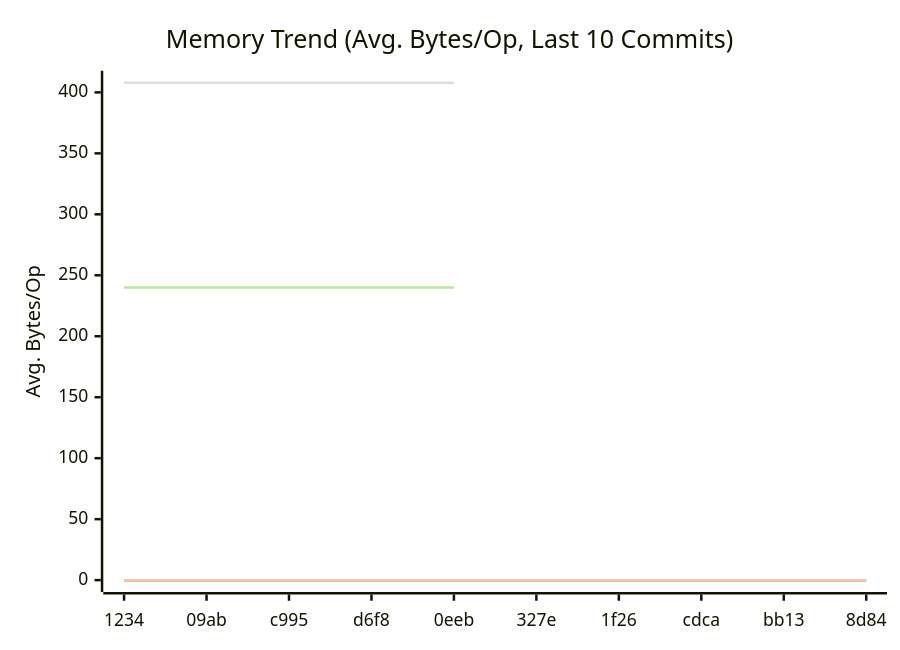
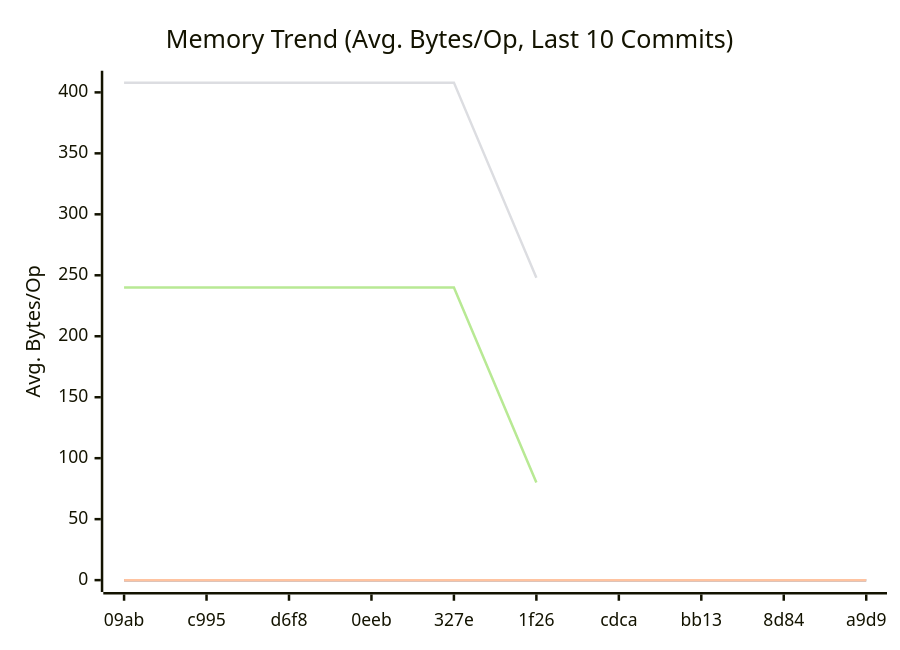
One commit to alsotoes/momo changed the second of 3 diagrams in doc/README.md. Above: the diagram before and after it, drawn with Mermaid. The commit also changed other lines of this file and 1 other file, not shown here.

````diff
--- a/doc/README.md
+++ b/doc/README.md
@@ -309,12 +309,12 @@
 ```mermaid
 xychart-beta
     title "Memory Trend (Avg. Bytes/Op, Last 10 Commits)"
     x-axis "Commit"
     y-axis "Avg. Bytes/Op"
-    x-axis [1234,09ab,c995,d6f8,0eeb,327e,1f26,cdca,bb13,8d84]
+    x-axis [09ab,c995,d6f8,0eeb,327e,1f26,cdca,bb13,8d84,a9d9]
     line "CheckMetricsAndSwap" [0,0,0,0,0,0,0,0,0,0]
     line "IndexDirectTracking" [0,0,0,0,0,0,0,0,0,0]
     line "IndexSearch" [0,0,0,0,0,0,0,0,0,0]
-    line "ParseReplicationOrder_NoPrealloc" [408,408,408,408,408]
-    line "ParseReplicationOrder_Prealloc" [240,240,240,240,240]
+    line "ParseReplicationOrder_NoPrealloc" [408,408,408,408,408,248]
+    line "ParseReplicationOrder_Prealloc" [240,240,240,240,240,80]
 ```
````
